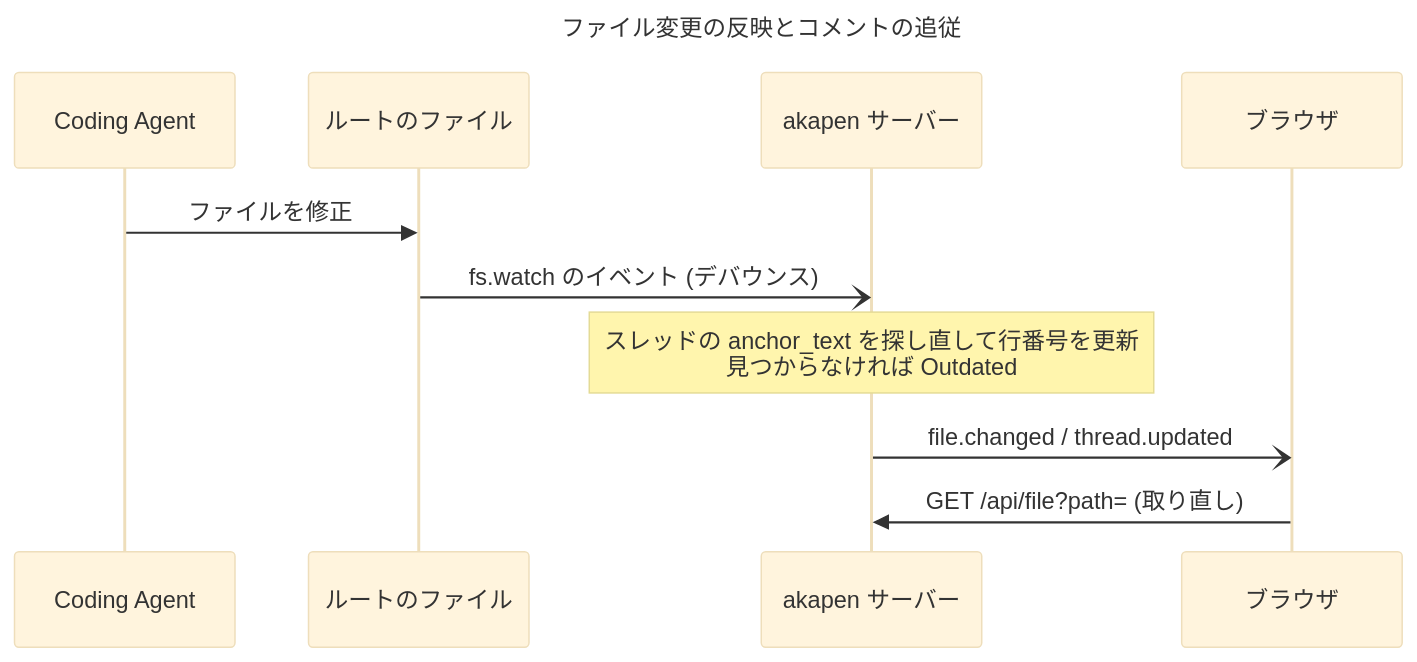
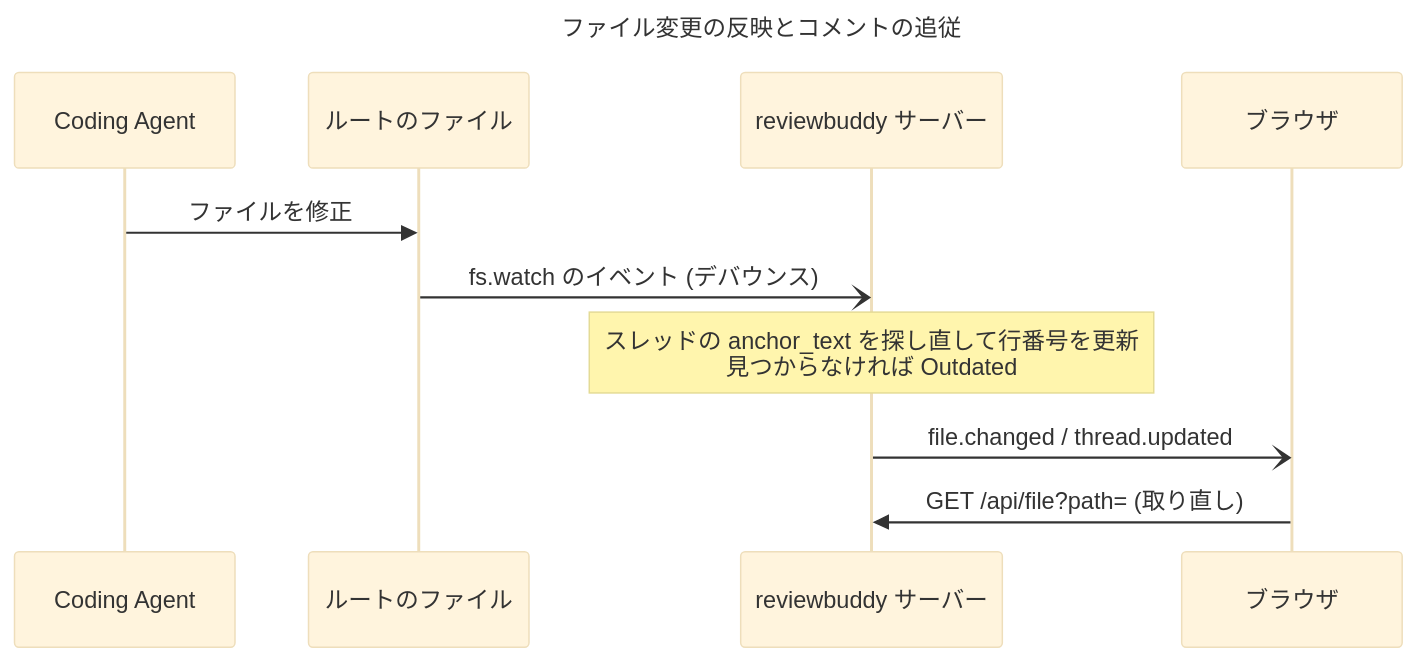
One commit to dannygim/reviewbuddy changed the third of 3 diagrams in docs/design/全体設計.md. Above: the diagram before and after it, drawn with Mermaid (base theme). The commit also changed other lines of this file and 23 other files, not shown here.

Commit message:
docs: rename akapen to reviewbuddy (ADR-0008)

````diff
--- a/docs/design/全体設計.md
+++ b/docs/design/全体設計.md
@@ -116,15 +116,15 @@
 ```mermaid
 ---
 title: ファイル変更の反映とコメントの追従
 ---
 sequenceDiagram
   participant G as Coding Agent
   participant R as ルートのファイル
-  participant S as akapen サーバー
+  participant S as reviewbuddy サーバー
   participant B as ブラウザ
   G->>R: ファイルを修正
   R-)S: fs.watch のイベント (デバウンス)
   Note over S: スレッドの anchor_text を探し直して行番号を更新<br/>見つからなければ Outdated
   S-)B: file.changed / thread.updated
   B->>S: GET /api/file?path= (取り直し)
 ```
````
